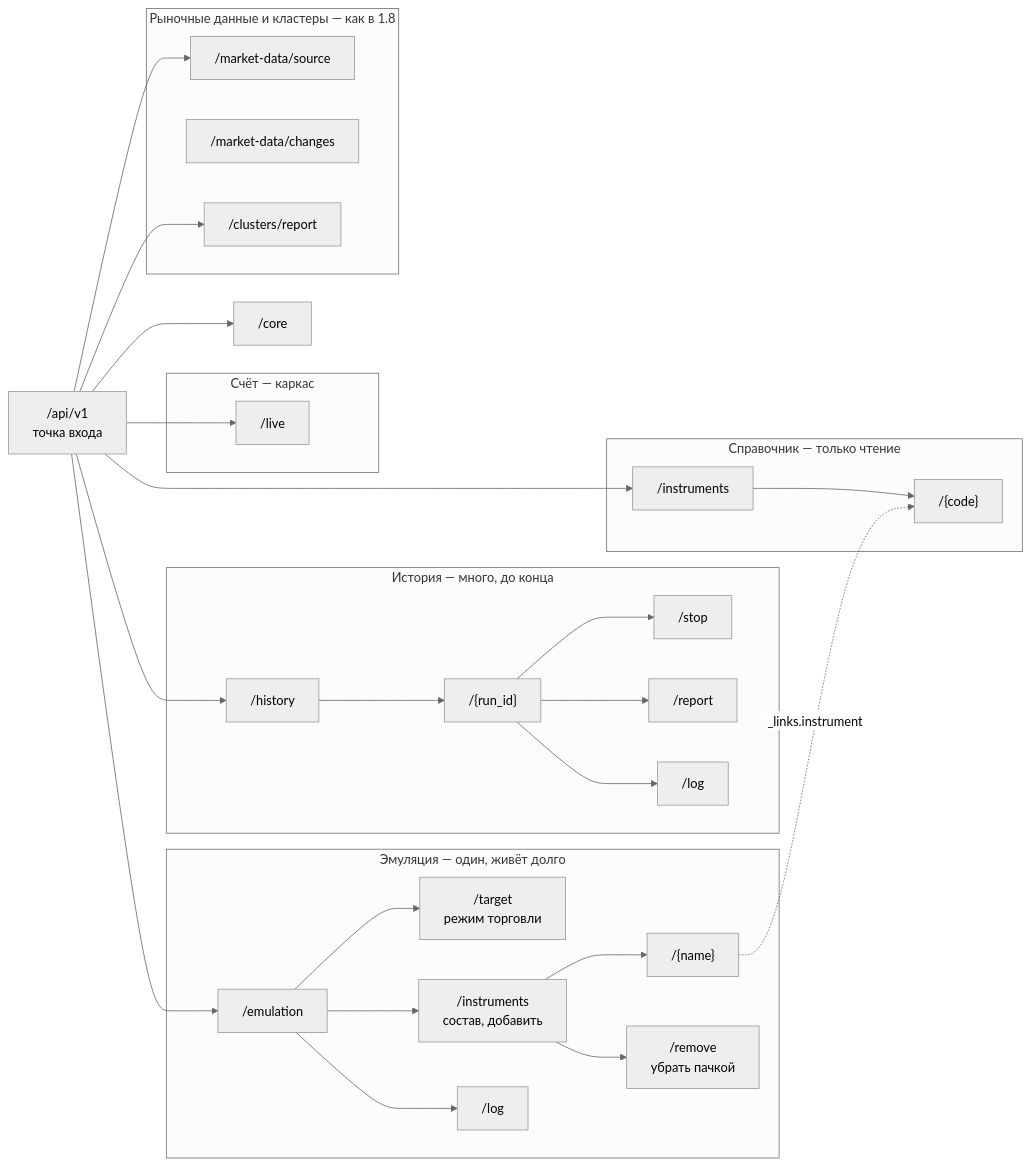
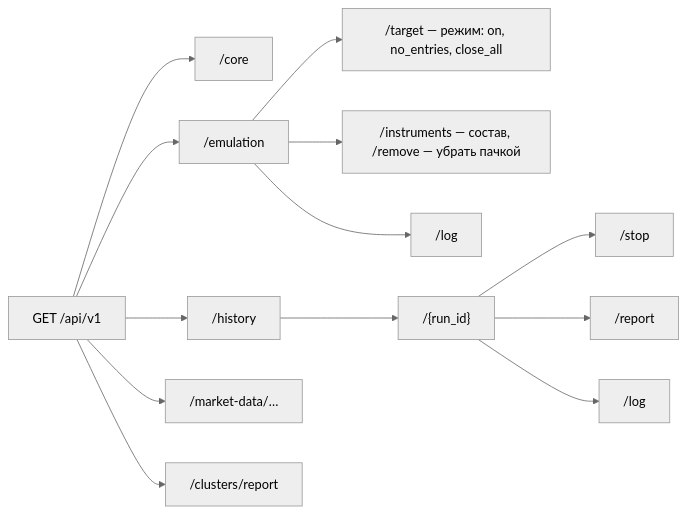
The diagram in docs/api/README.md (vladilenao/My_roBot), drawn with Mermaid (neutral theme) before and after one commit. The commit also changed other lines of this file and 33 other files, not shown here.

````diff
--- a/docs/api/README.md
+++ b/docs/api/README.md
@@ -21,30 +25,14 @@
 ```mermaid
 flowchart LR
-    home["/api/v1<br/>точка входа"]
-    core["/core"]
-    subgraph emu ["Эмуляция — один, живёт долго"]
-        e["/emulation"] --> ed["/target<br/>режим торговли"]
-        e --> ei["/instruments<br/>состав, добавить"] --> eim["/{name}"]
-        ei --> eir["/remove<br/>убрать пачкой"]
-        e --> el["/log"]
-    end
-    subgraph hist ["История — много, до конца"]
-        h["/history"] --> hr["/{run_id}"]
-        hr --> hs["/stop"]
-        hr --> hrep["/report"]
-        hr --> hl["/log"]
-    end
-    subgraph live ["Счёт — каркас"]
-        l["/live"]
-    end
-    subgraph ref ["Справочник — только чтение"]
-        i["/instruments"] --> ic["/{code}"]
-    end
-    subgraph md ["Рыночные данные и кластеры — как в 1.8"]
-        m["/market-data/source"]
-        mc["/market-data/changes"]
-        c["/clusters/report"]
-    end
-    home --> core & e & h & l & i & m & c
-    eim -. "_links.instrument" .-> ic
+    home["GET /api/v1"] --> core["/core"]
+    home --> emu["/emulation"]
+    home --> hist["/history"]
+    home --> md["/market-data/…"]
+    home --> cl["/clusters/report"]
+    emu --> target["/target — режим: on, no_entries, close_all"]
+    emu --> members["/instruments — состав, /remove — убрать пачкой"]
+    emu --> elog["/log"]
+    hist --> run["/{run_id}"] --> stop["/stop"]
+    run --> report["/report"]
+    run --> rlog["/log"]
 ```
````
